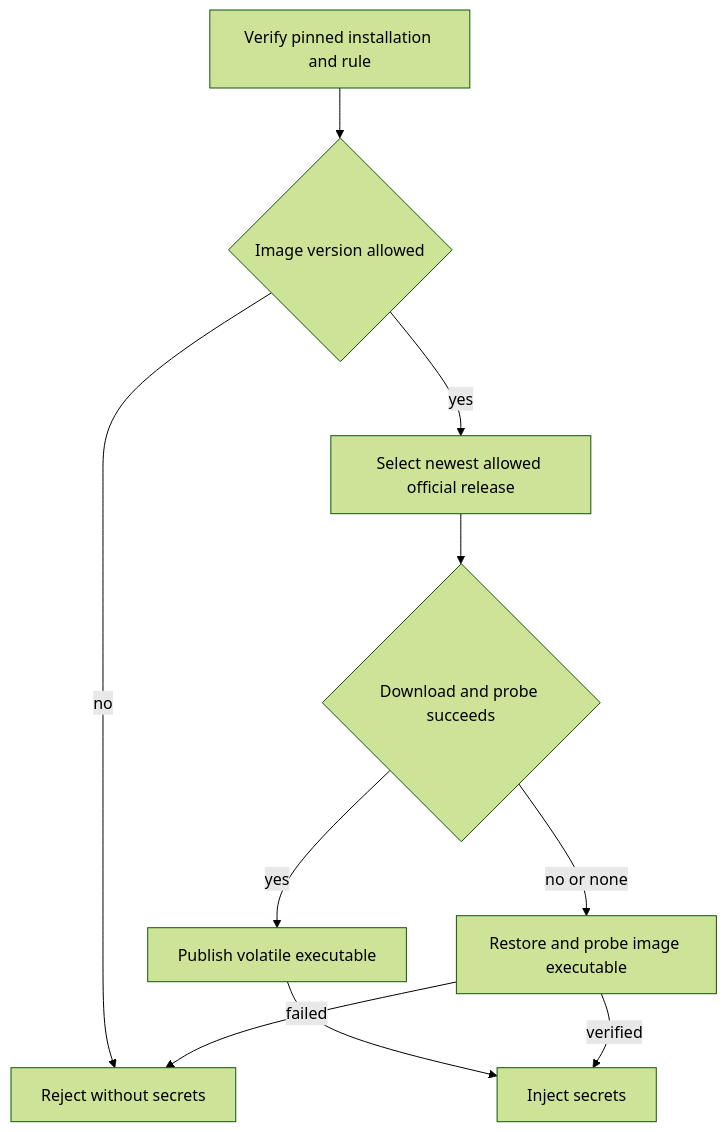
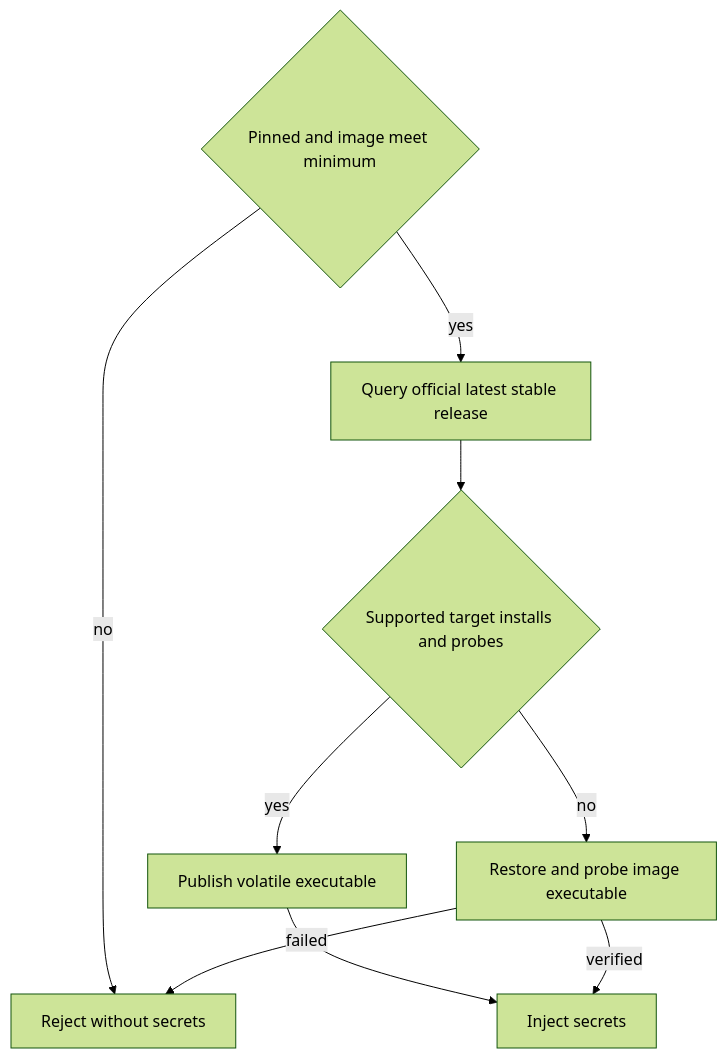
The fifth of 6 diagrams in docs/docker-codex.md (ophis/agent-pm), drawn with Mermaid (forest theme) before and after one commit. The commit also changed other lines of this file and 40 other files, not shown here.

First line of the commit message:
TASK-671: Codex 版本规则改为最小版本 0.163.0 删除 allowed_versions release 阻塞 (#414)

````diff
--- a/docs/docker-codex.md
+++ b/docs/docker-codex.md
@@ -272,12 +271,11 @@
 ```mermaid
 flowchart TD
-    P[Verify pinned installation and rule] --> I{Image version allowed}
-    I -->|no| X[Reject without secrets]
-    I -->|yes| R[Select newest allowed official release]
-    R --> U{Download and probe succeeds}
+    P{Pinned and image meet minimum} -->|no| X[Reject without secrets]
+    P -->|yes| R[Query official latest stable release]
+    R --> U{Supported target installs and probes}
     U -->|yes| A[Publish volatile executable]
-    U -->|no or none| F[Restore and probe image executable]
+    U -->|no| F[Restore and probe image executable]
     A --> S[Inject secrets]
     F -->|verified| S
     F -->|failed| X
 ```
````
